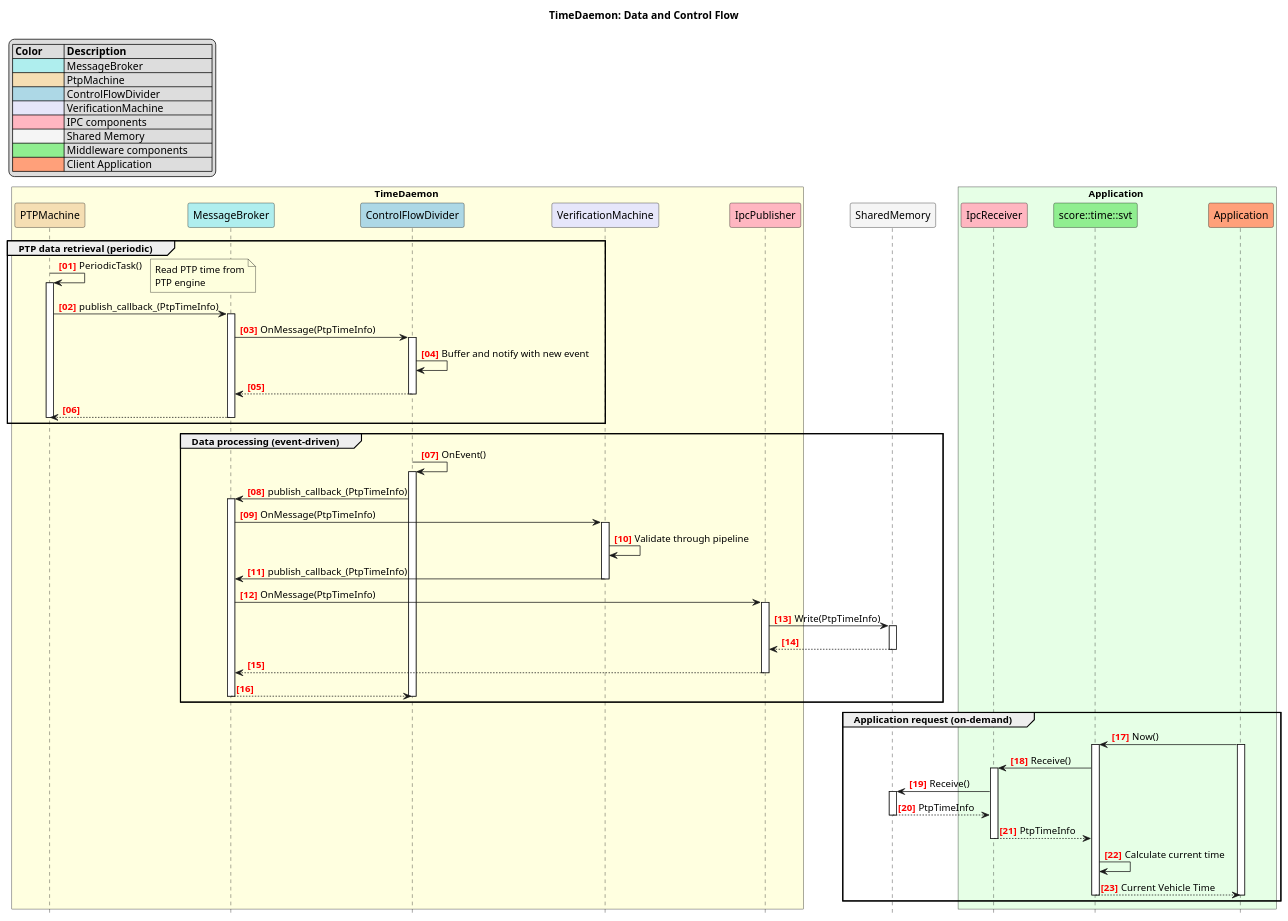
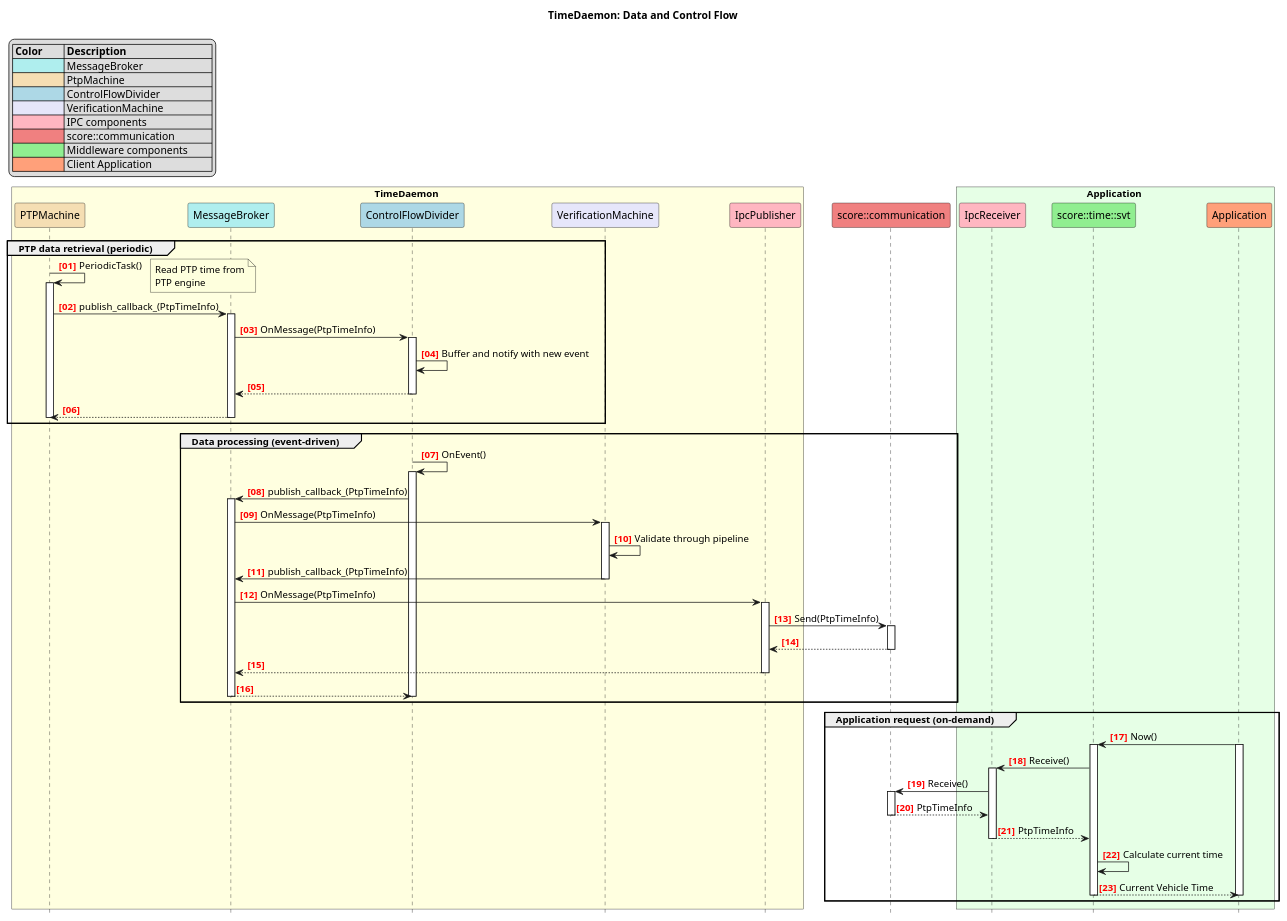
One commit to lavrovvalera/inc_time changed the diagram in docs/time/_assets/dd_data_control_flow.puml. Above: the diagram before and after it, drawn with PlantUML. The commit also changed 8 other files, not shown here.

```diff
--- a/docs/time/_assets/dd_data_control_flow.puml
+++ b/docs/time/_assets/dd_data_control_flow.puml
@@ -1,98 +1,98 @@
 @startuml dd_data_control_flow_diagram
 
 title TimeDaemon: Data and Control Flow
 
 hide footbox
 
 autonumber "<font color=red><b>[00]"
 
 legend top left
     |= Color        |= Description                  |
     |<#PaleTurquoise> | MessageBroker               |
     |<#Wheat>       | PtpMachine                    |
     |<#LightBlue>   | ControlFlowDivider            |
     |<#Lavender>    | VerificationMachine           |
     |<#LightPink>   | IPC components                |
-    |<#WhiteSmoke>  | Shared Memory                 |
+    |<#LightCoral>  | score::communication          |
     |<#LightGreen>  | Middleware components         |
     |<#LightSalmon> | Client Application            |
 endlegend
 
 box TimeDaemon #LightYellow
     participant "PTPMachine" as ptp_machine #Wheat
     participant "MessageBroker" as broker #PaleTurquoise
     participant "ControlFlowDivider" as cf_divider #LightBlue
     participant "VerificationMachine" as ver_machine #Lavender
     participant "IpcPublisher" as ipc_publisher #LightPink
 end box
 
-participant "SharedMemory" as shared_memory #WhiteSmoke
+participant "score::communication" as score_comm #LightCoral
 
 box Application #e6ffe6
     participant "IpcReceiver" as ipc_receiver #LightPink
     participant "score::time::svt" as mw_svt #LightGreen
     participant "Application" as app #LightSalmon
 end box
 
 group PTP data retrieval (periodic)
     ptp_machine -> ptp_machine : PeriodicTask()
     activate ptp_machine
     note right
         Read PTP time from
         PTP engine
     end note
     ptp_machine -> broker : publish_callback_(PtpTimeInfo)
     activate broker
     broker -> cf_divider : OnMessage(PtpTimeInfo)
     activate cf_divider
     cf_divider -> cf_divider : Buffer and notify with new event
     cf_divider --> broker
     deactivate cf_divider
     broker --> ptp_machine
     deactivate broker
     deactivate ptp_machine
 end
 
 group Data processing (event-driven)
     cf_divider -> cf_divider : OnEvent()
     activate cf_divider
     cf_divider -> broker : publish_callback_(PtpTimeInfo)
     activate broker
     broker -> ver_machine : OnMessage(PtpTimeInfo)
     activate ver_machine
     ver_machine -> ver_machine : Validate through pipeline
     ver_machine -> broker : publish_callback_(PtpTimeInfo)
     deactivate ver_machine
 
     broker -> ipc_publisher : OnMessage(PtpTimeInfo)
     activate ipc_publisher
-    ipc_publisher -> shared_memory : Write(PtpTimeInfo)
-    activate shared_memory
-    shared_memory --> ipc_publisher
-    deactivate shared_memory
+    ipc_publisher -> score_comm : Send(PtpTimeInfo)
+    activate score_comm
+    score_comm --> ipc_publisher
+    deactivate score_comm
     ipc_publisher --> broker
     deactivate ipc_publisher
     broker --> cf_divider
     deactivate broker
     deactivate cf_divider
 end
 
 group Application request (on-demand)
     app -> mw_svt : Now()
     activate app
     activate mw_svt
     mw_svt -> ipc_receiver : Receive()
     activate ipc_receiver
-    ipc_receiver -> shared_memory : Receive()
-    activate shared_memory
-    shared_memory --> ipc_receiver : PtpTimeInfo
-    deactivate shared_memory
+    ipc_receiver -> score_comm : Receive()
+    activate score_comm
+    score_comm --> ipc_receiver : PtpTimeInfo
+    deactivate score_comm
     ipc_receiver --> mw_svt : PtpTimeInfo
     deactivate ipc_receiver
     mw_svt -> mw_svt : Calculate current time
     mw_svt --> app : Current Vehicle Time
     deactivate mw_svt
     deactivate app
 end
 
 @enduml
```
